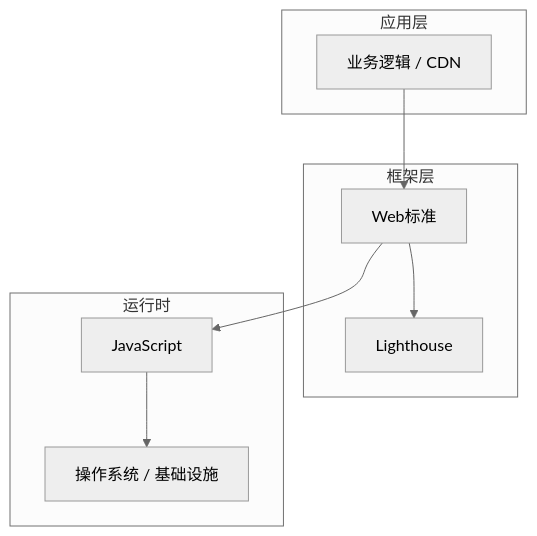
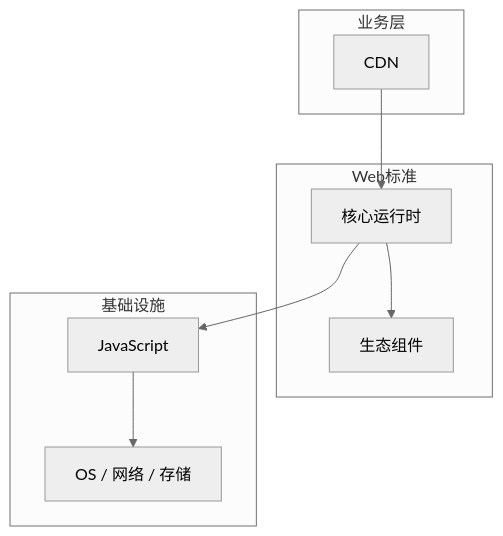
The diagram in articles/Web性能优化/chapters/061-CDN核心概念与原理.md (yanggan2015/knowledge-json-v2), drawn with Mermaid (neutral theme) before and after one commit. The commit also changed other lines of this file and 10127 other files, not shown here.

````diff
--- a/articles/Web性能优化/chapters/061-CDN核心概念与原理.md
+++ b/articles/Web性能优化/chapters/061-CDN核心概念与原理.md
@@ -45,18 +34,18 @@
 ```mermaid
 graph TB
-    subgraph 应用层
-        A[业务逻辑 / CDN]
+    subgraph 业务层
+        A[CDN]
     end
-    subgraph 框架层
-        B[Web标准]
-        C[Lighthouse]
+    subgraph Web标准
+        B[核心运行时]
+        C[生态组件]
     end
-    subgraph 运行时
+    subgraph 基础设施
         D[JavaScript]
-        E[操作系统 / 基础设施]
+        E[OS / 网络 / 存储]
     end
     A --> B
     B --> C
     B --> D
     D --> E
 ```
````
